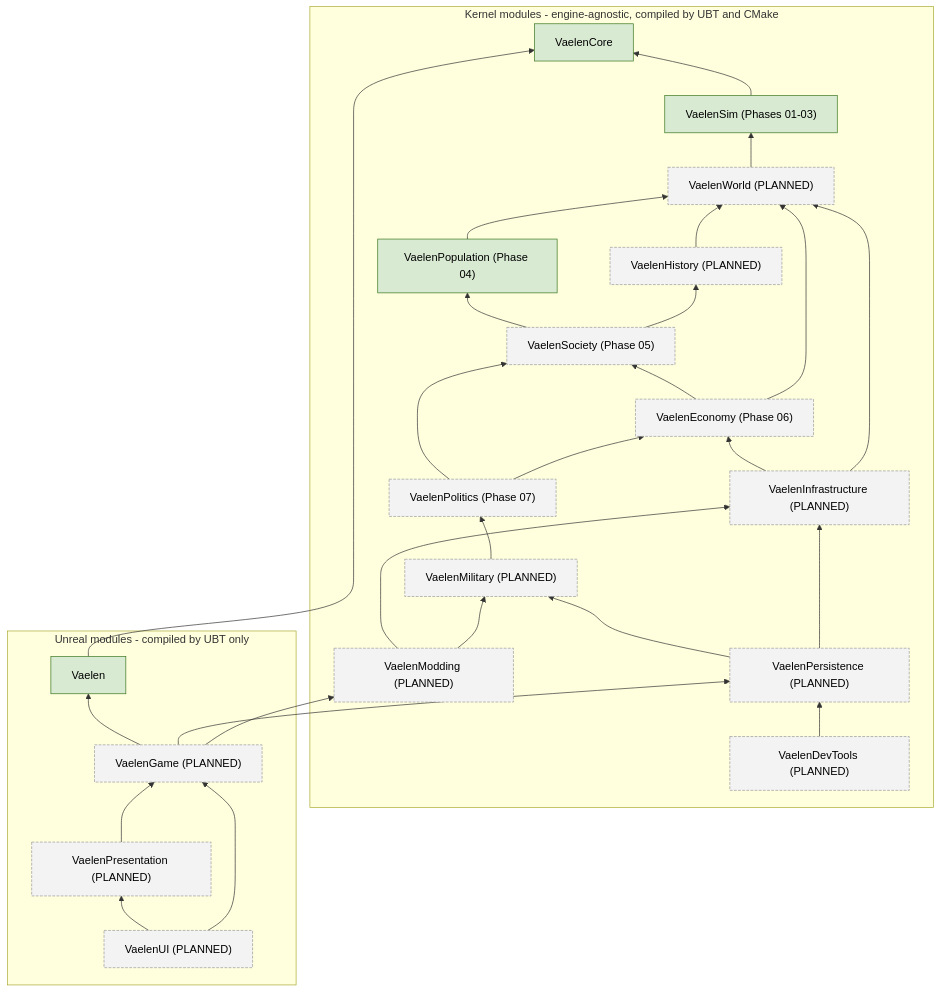
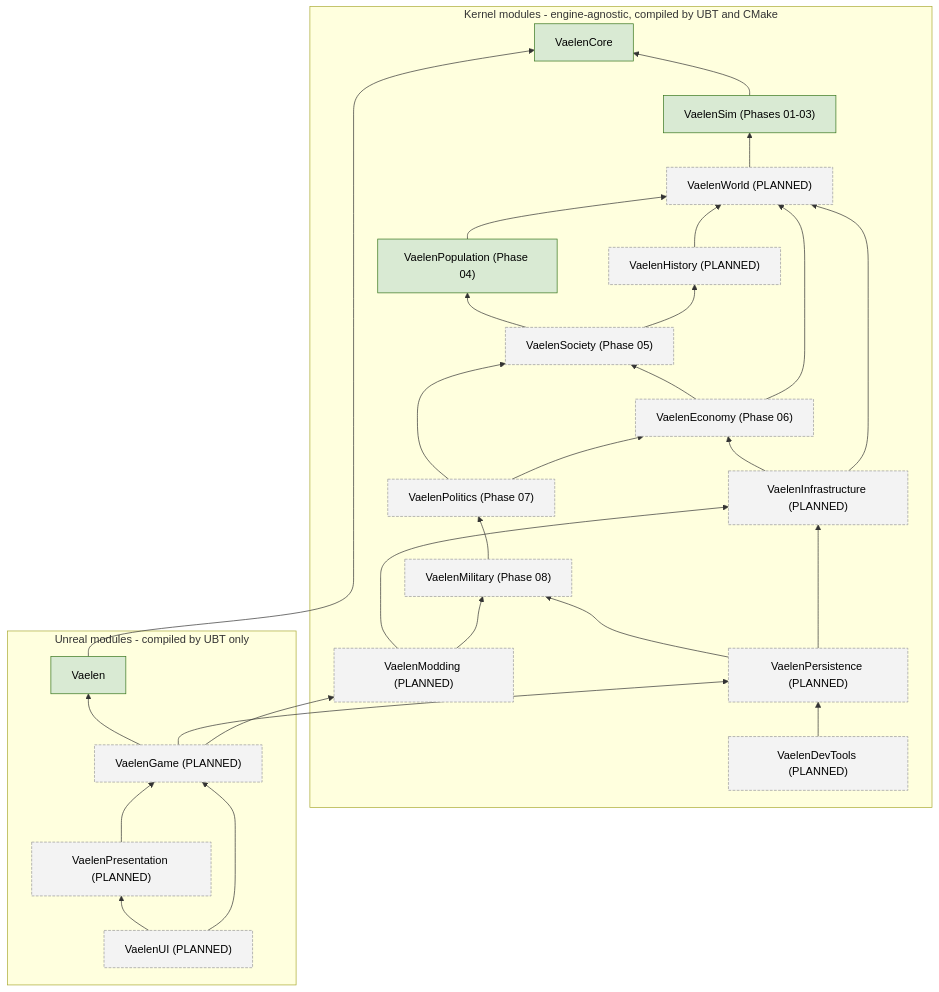
The second of 2 diagrams in Docs/ARCHITECTURE.md (Thomas10112/vaelen), drawn with Mermaid before and after one commit. The commit also changed other lines of this file and 10 other files, not shown here.

````diff
--- a/Docs/ARCHITECTURE.md
+++ b/Docs/ARCHITECTURE.md
@@ -172,56 +172,56 @@
 ```mermaid
 flowchart BT
     subgraph Kernel["Kernel modules - engine-agnostic, compiled by UBT and CMake"]
         Core["VaelenCore"]
         Sim["VaelenSim (Phases 01-03)"]
         World["VaelenWorld (PLANNED)"]
         History["VaelenHistory (PLANNED)"]
         Population["VaelenPopulation (Phase 04)"]
         Society["VaelenSociety (Phase 05)"]
         Economy["VaelenEconomy (Phase 06)"]
         Politics["VaelenPolitics (Phase 07)"]
-        Military["VaelenMilitary (PLANNED)"]
+        Military["VaelenMilitary (Phase 08)"]
         Infrastructure["VaelenInfrastructure (PLANNED)"]
         Persistence["VaelenPersistence (PLANNED)"]
         DevTools["VaelenDevTools (PLANNED)"]
         Modding["VaelenModding (PLANNED)"]
     end
     subgraph Unreal["Unreal modules - compiled by UBT only"]
         Bridge["Vaelen"]
         Game["VaelenGame (PLANNED)"]
         Presentation["VaelenPresentation (PLANNED)"]
         UI["VaelenUI (PLANNED)"]
     end
 
     Sim --> Core
     World --> Sim
     History --> World
     Population --> World
     Society --> Population
     Society --> History
     Economy --> Society
     Economy --> World
     Politics --> Society
     Politics --> Economy
     Military --> Politics
     Infrastructure --> Economy
     Infrastructure --> World
     Persistence --> Military
     Persistence --> Infrastructure
     DevTools --> Persistence
     Modding --> Infrastructure
     Modding --> Military
 
     Bridge --> Core
     Game --> Bridge
     Game --> Persistence
     Game --> Modding
     Presentation --> Game
     UI --> Presentation
     UI --> Game
 
     classDef existing fill:#d9ead3,stroke:#38761d,color:#000;
     classDef planned fill:#f3f3f3,stroke:#999,color:#000,stroke-dasharray: 4 2;
     class Core,Bridge,Sim,Population existing;
     class World,History,Society,Economy,Politics,Military,Infrastructure,Persistence,DevTools,Modding,Game,Presentation,UI planned;
 ```
````
